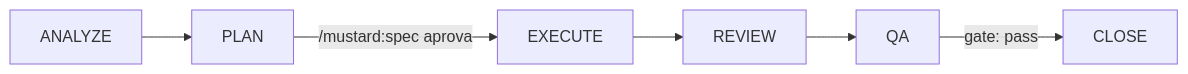
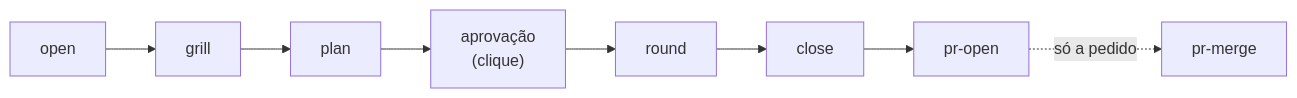
One commit to rubensrpj/mustard changed the diagram in MUSTARD-COMMANDS.md. Above: the diagram before and after it, drawn with Mermaid. The commit also changed other lines of this file and 85 other files, not shown here.

````diff
--- a/MUSTARD-COMMANDS.md
+++ b/MUSTARD-COMMANDS.md
@@ -62,8 +11,5 @@
 ```mermaid
 flowchart LR
-    A["ANALYZE"] --> P["PLAN"]
-    P -->|"/mustard:spec aprova"| E["EXECUTE"]
-    E --> R["REVIEW"]
-    R --> Q["QA"]
-    Q -->|"gate: pass"| C["CLOSE"]
+    A["open"] --> B["grill"] --> C["plan"] --> D["aprovação<br/>(clique)"] --> E["round"] --> F["close"] --> G["pr-open"]
+    G -.->|"só a pedido"| H["pr-merge"]
 ```
````
